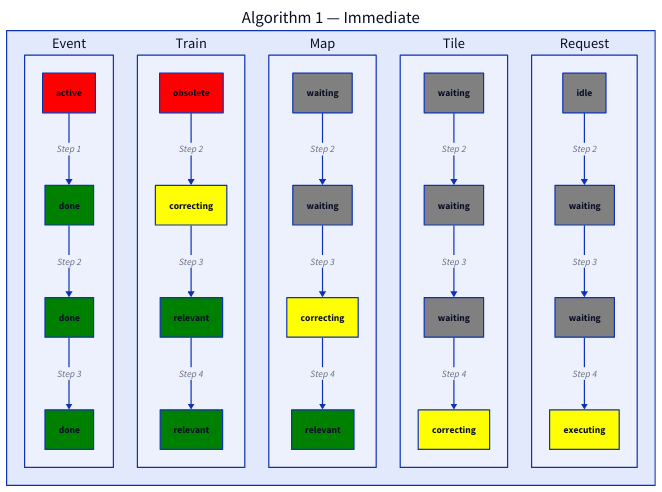
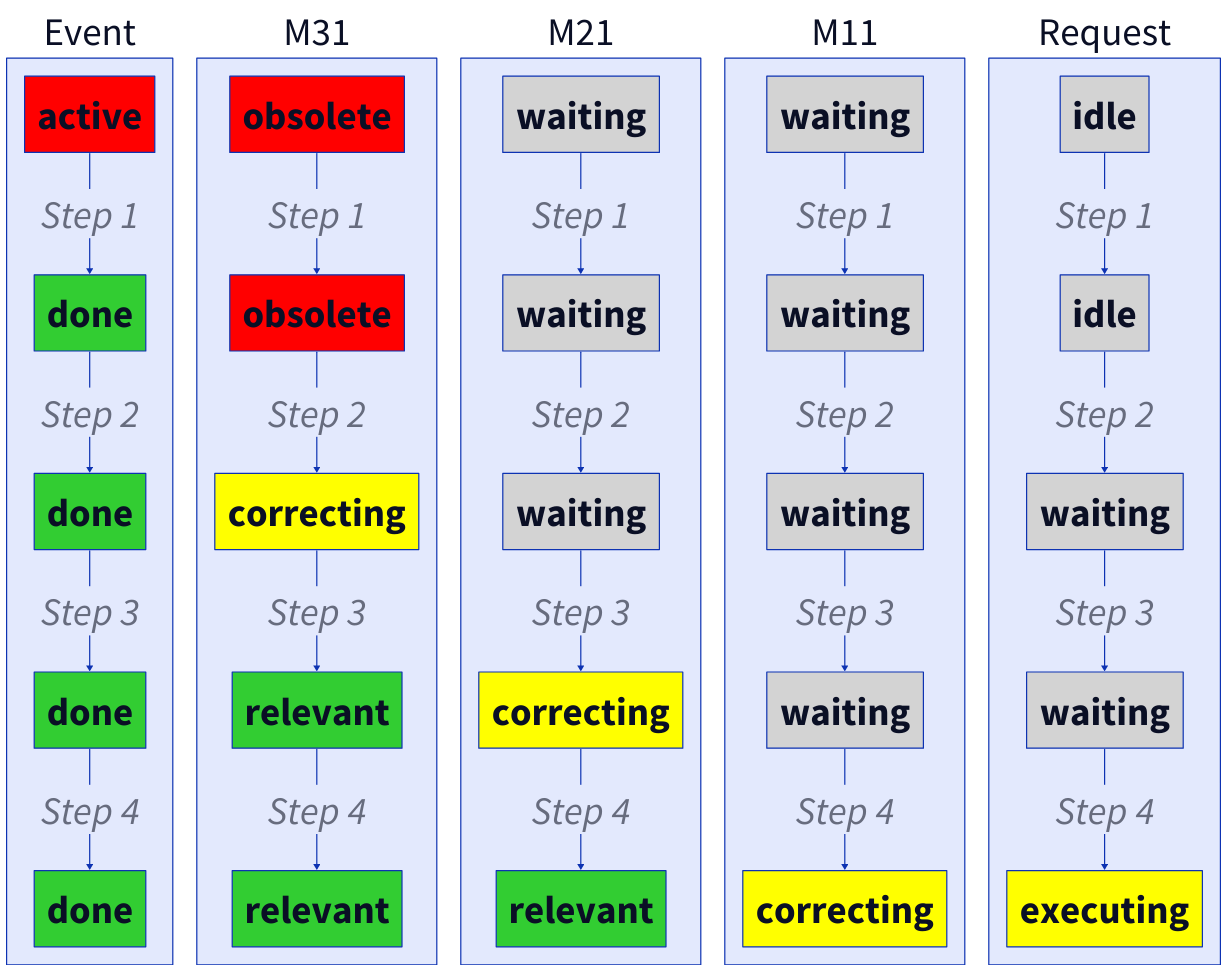
One commit to Gizzatovamir/Digital_twin_modeling changed the diagram in d2/algo1.d2. Above: the diagram before and after it, drawn with D2. The commit also changed 4 other files, not shown here.

```diff
--- a/d2/algo1.d2
+++ b/d2/algo1.d2
@@ -1,58 +1,67 @@
-A1: {
-  label: "Algorithm 1 — Immediate"
 
   Event: {
     s1: "active" { style.fill: red }
-    s2: "done" { style.fill: green }
-    s3: "done" { style.fill: green }
-    s4: "done" { style.fill: green }
+    s2: "done" { style.fill:  limegreen }
+    s3: "done" { style.fill:  limegreen }
+    s4: "done" { style.fill:  limegreen }
+    s5: "done" { style.fill:  limegreen }
 
-    s1 -> s2: "Step 1"
-    s2 -> s3: "Step 2"
-    s3 -> s4: "Step 3"
+    s1 -> s2: "Step  1" {style.font-size: 65} 
+    s2 -> s3: "Step 2" {style.font-size: 65} 
+    s3 -> s4: "Step 3" {style.font-size: 65} 
+    s4 -> s5: "Step 4" {style.font-size: 65} 
+  }
+  M31{
+    s0: "obsolete" { style.fill: red}
+    s1: "obsolete" { style.fill: red }
+    s2: "correcting" { style.fill: yellow }
+    s3: "relevant" { style.fill:  limegreen }
+    s4: "relevant" { style.fill:  limegreen }
+
+    s0 -> s1: "Step 1" {style.font-size: 65} 
+    s1 -> s2: "Step 2" {style.font-size: 65} 
+    s2 -> s3: "Step 3" {style.font-size: 65} 
+    s3 -> s4: "Step 4" {style.font-size: 65} 
   }
 
-  Train: {
-    s1: "obsolete" { style.fill: red }
-    s2: "correcting" { style.fill: yellow }
-    s3: "relevant" { style.fill: green }
-    s4: "relevant" { style.fill: green }
+  M21: {
+    s0: "waiting" { style.fill: lightgray }
+    s1: "waiting" { style.fill: lightgray }
+    s2: "waiting" { style.fill: lightgray }
+    s3: "correcting" { style.fill: yellow }
+    s4: "relevant" { style.fill:  limegreen }
 
-    s1 -> s2: "Step 2"
-    s2 -> s3: "Step 3"
-    s3 -> s4: "Step 4"
+    s0 -> s1: "Step  1" {style.font-size: 65} 
+    s1 -> s2: "Step 2" {style.font-size: 65} 
+    s2 -> s3: "Step 3" {style.font-size: 65} 
+    s3 -> s4: "Step 4" {style.font-size: 65} 
   }
-
-  Map: {
-    s1: "waiting" { style.fill: gray }
-    s2: "waiting" { style.fill: gray }
-    s3: "correcting" { style.fill: yellow }
-    s4: "relevant" { style.fill: green }
-
-    s1 -> s2: "Step 2"
-    s2 -> s3: "Step 3"
-    s3 -> s4: "Step 4"
-  }
-
-  Tile: {
-    s1: "waiting" { style.fill: gray }
-    s2: "waiting" { style.fill: gray }
-    s3: "waiting" { style.fill: gray }
+  
+  M11: {
+    s0: "waiting" { style.fill: lightgray }
+    s1: "waiting" { style.fill: lightgray }
+    s2: "waiting" { style.fill: lightgray }
+    s3: "waiting" { style.fill: lightgray }
     s4: "correcting" { style.fill: yellow }
 
-    s1 -> s2: "Step 2"
-    s2 -> s3: "Step 3"
-    s3 -> s4: "Step 4"
+    s0 -> s1: "Step 1" {style.font-size: 65}
+    s1 -> s2: "Step 2" {style.font-size: 65}
+    s2 -> s3: "Step 3" {style.font-size: 65} 
+    s3 -> s4: "Step 4" {style.font-size: 65} 
   }
 
   Request: {
-    s1: "idle" { style.fill: gray }
-    s2: "waiting" { style.fill: gray }
-    s3: "waiting" { style.fill: gray }
+    s0: "idle" { style.fill: lightgray }
+    s1: "idle" { style.fill: lightgray }
+    s2: "waiting" { style.fill: lightgray }
+    s3: "waiting" { style.fill: lightgray }
     s4: "executing" { style.fill: yellow }
 
-    s1 -> s2: "Step 2"
-    s2 -> s3: "Step 3"
-    s3 -> s4: "Step 4"
+    s0 -> s1: "Step  1" {style.font-size: 65} 
+    s1 -> s2: "Step 2" {style.font-size: 65} 
+    s2 -> s3: "Step 3" {style.font-size: 65} 
+    s3 -> s4: "Step 4" {style.font-size: 65} 
   }
+  **: {
+  style.font-size: 65
 }
```
